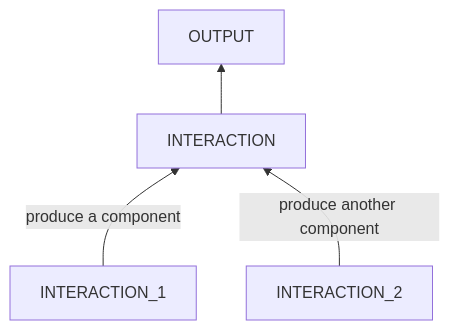
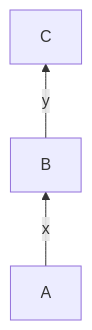
One commit to SuxinL/Notes changed the third of 12 diagrams in phylosophy/problem_solving/root_cause_analysis_methodology.md. Above: the diagram before and after it, drawn with Mermaid. The commit also changed other lines of this file, not shown here.

````diff
--- a/phylosophy/problem_solving/root_cause_analysis_methodology.md
+++ b/phylosophy/problem_solving/root_cause_analysis_methodology.md
@@ -27,7 +140,4 @@
 ```mermaid
 	flowchart BT
-		OUTPUT
-		INTERACTION --> OUTPUT
-		INTERACTION_1 -->|produce a component| INTERACTION
-		INTERACTION_2 -->|produce another component| INTERACTION
+		A -->|x| B -->|y| C
 ```
````
